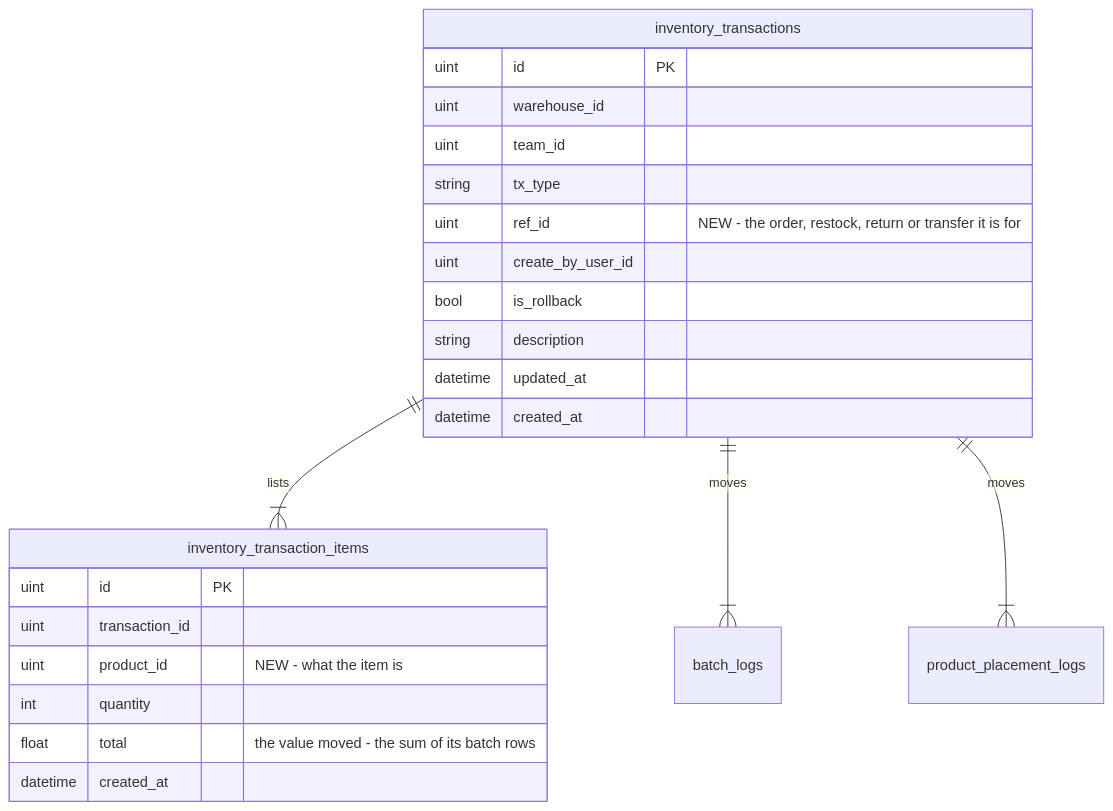
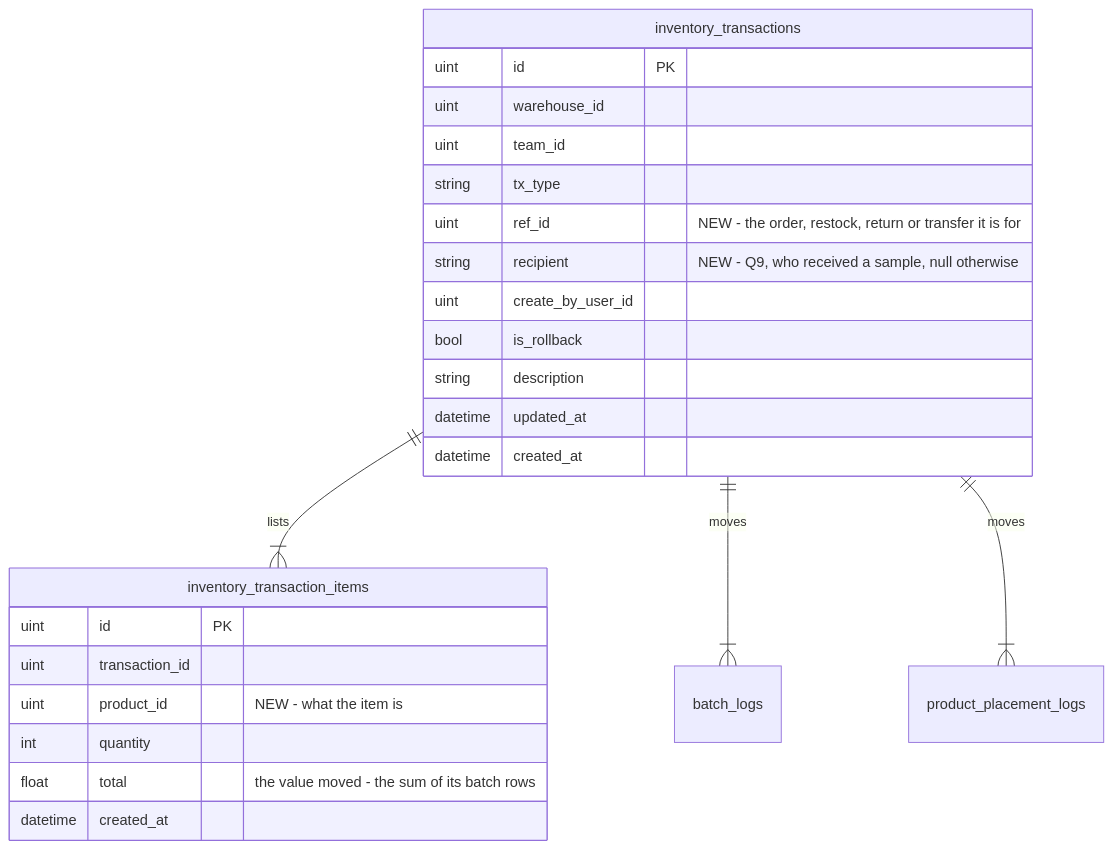
One commit to pdcgo/warehouse_revamp changed the first of 5 diagrams in docs/business/inventory/transaction_clarify.md. Above: the diagram before and after it, drawn with Mermaid. The commit also changed other lines of this file and 10 other files, not shown here.

````diff
--- a/docs/business/inventory/transaction_clarify.md
+++ b/docs/business/inventory/transaction_clarify.md
@@ -33,26 +39,27 @@
 ```mermaid
 erDiagram
   inventory_transactions ||--|{ inventory_transaction_items : lists
   inventory_transactions ||--|{ batch_logs : moves
   inventory_transactions ||--|{ product_placement_logs : moves
   inventory_transactions {
     uint id PK
     uint warehouse_id
     uint team_id
     string tx_type
     uint ref_id "NEW - the order, restock, return or transfer it is for"
+    string recipient "NEW - Q9, who received a sample, null otherwise"
     uint create_by_user_id
     bool is_rollback
     string description
     datetime updated_at
     datetime created_at
   }
   inventory_transaction_items {
     uint id PK
     uint transaction_id
     uint product_id "NEW - what the item is"
     int quantity
     float total "the value moved - the sum of its batch rows"
     datetime created_at
   }
 ```
````
